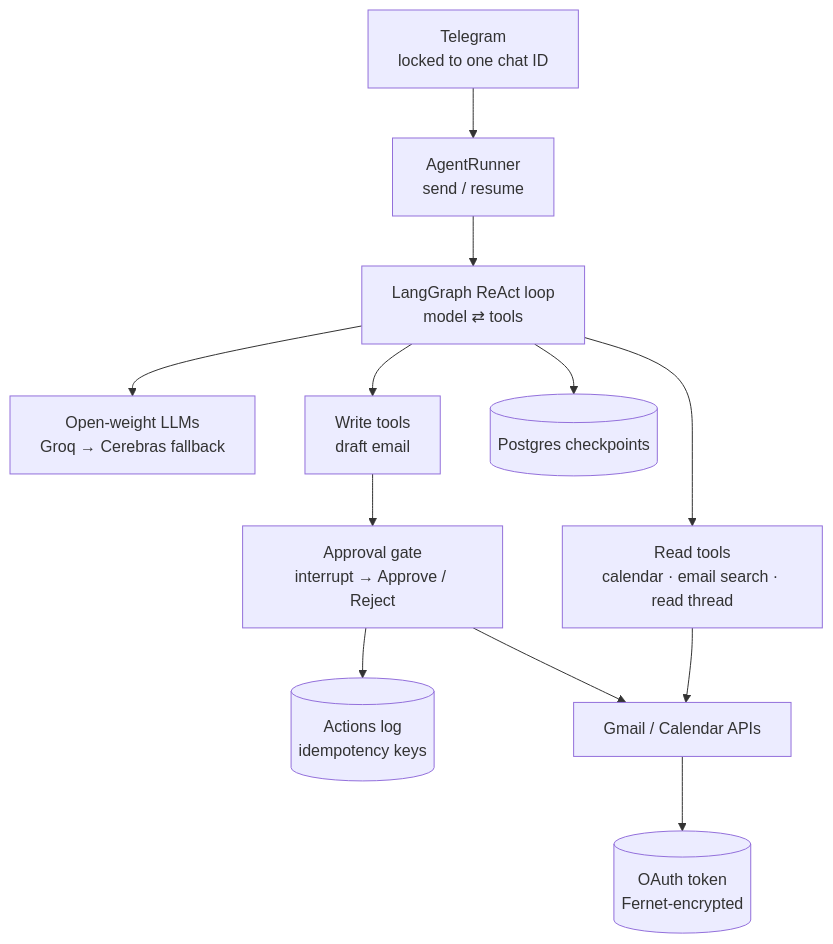
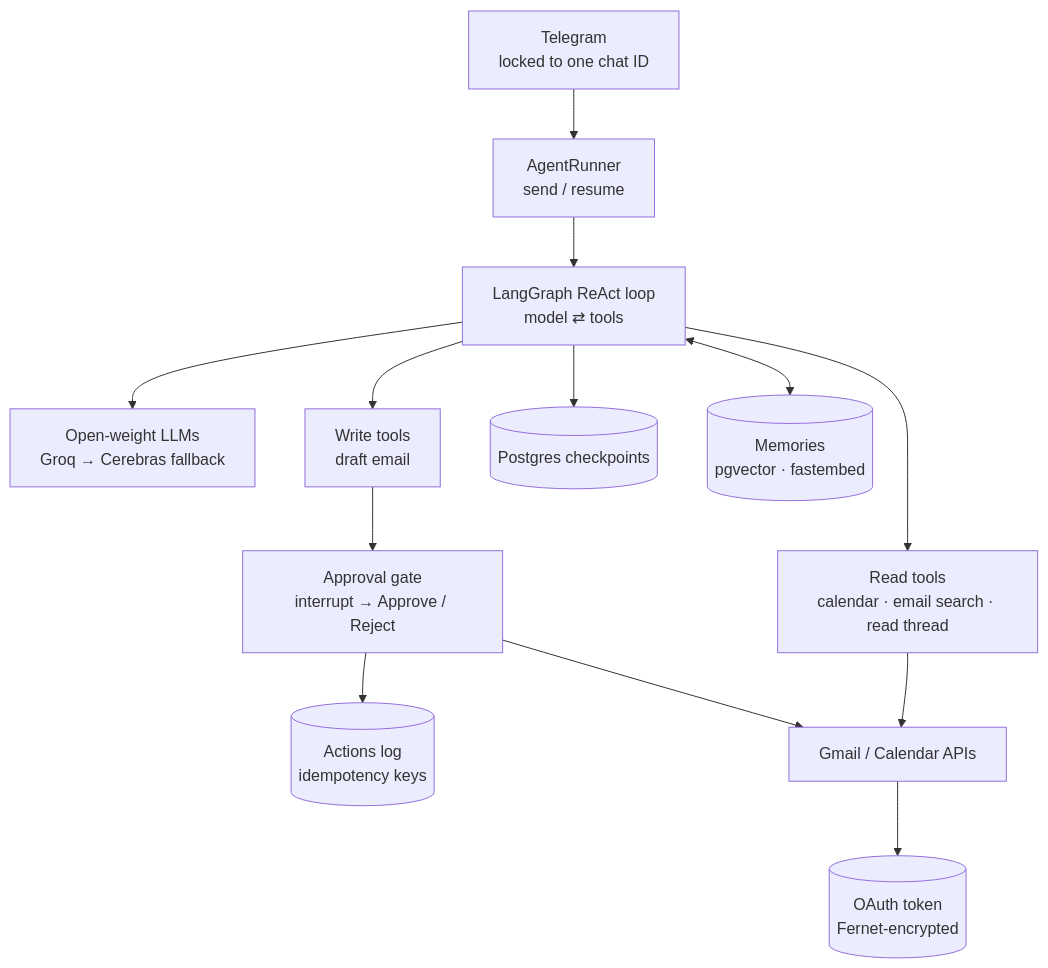
The diagram in README.md (pranitdeshpande98/fuse), drawn with Mermaid before and after one commit. The commit also changed other lines of this file and 2 other files, not shown here.

````diff
--- a/README.md
+++ b/README.md
@@ -24,14 +27,15 @@
 ```mermaid
 flowchart TD
     TG[Telegram<br/>locked to one chat ID] --> RUN[AgentRunner<br/>send / resume]
     RUN --> G[LangGraph ReAct loop<br/>model ⇄ tools]
     G --> LLM[Open-weight LLMs<br/>Groq → Cerebras fallback]
     G --> R[Read tools<br/>calendar · email search · read thread]
     G --> W[Write tools<br/>draft email]
     W --> GATE[Approval gate<br/>interrupt → Approve / Reject]
     GATE --> LOG[(Actions log<br/>idempotency keys)]
     G --> CP[(Postgres checkpoints)]
+    G <--> MEM[(Memories<br/>pgvector · fastembed)]
     R --> GOOG[Gmail / Calendar APIs]
     GATE --> GOOG
     GOOG --> TOK[(OAuth token<br/>Fernet-encrypted)]
 ```
````
